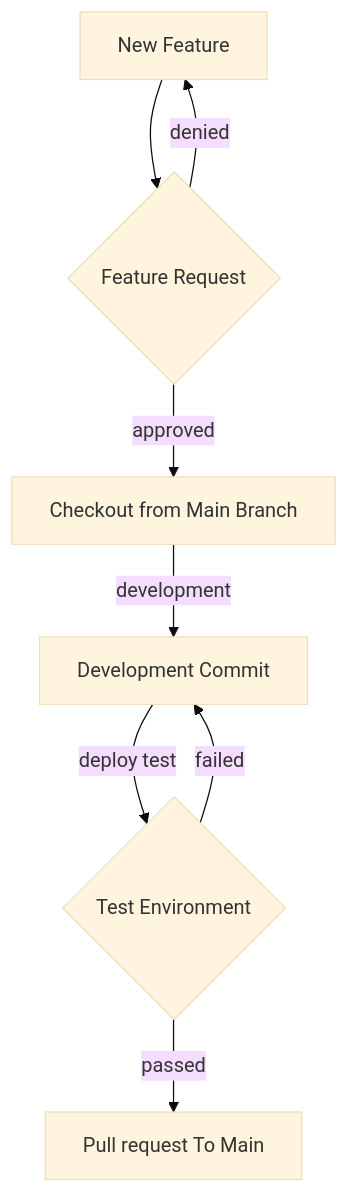
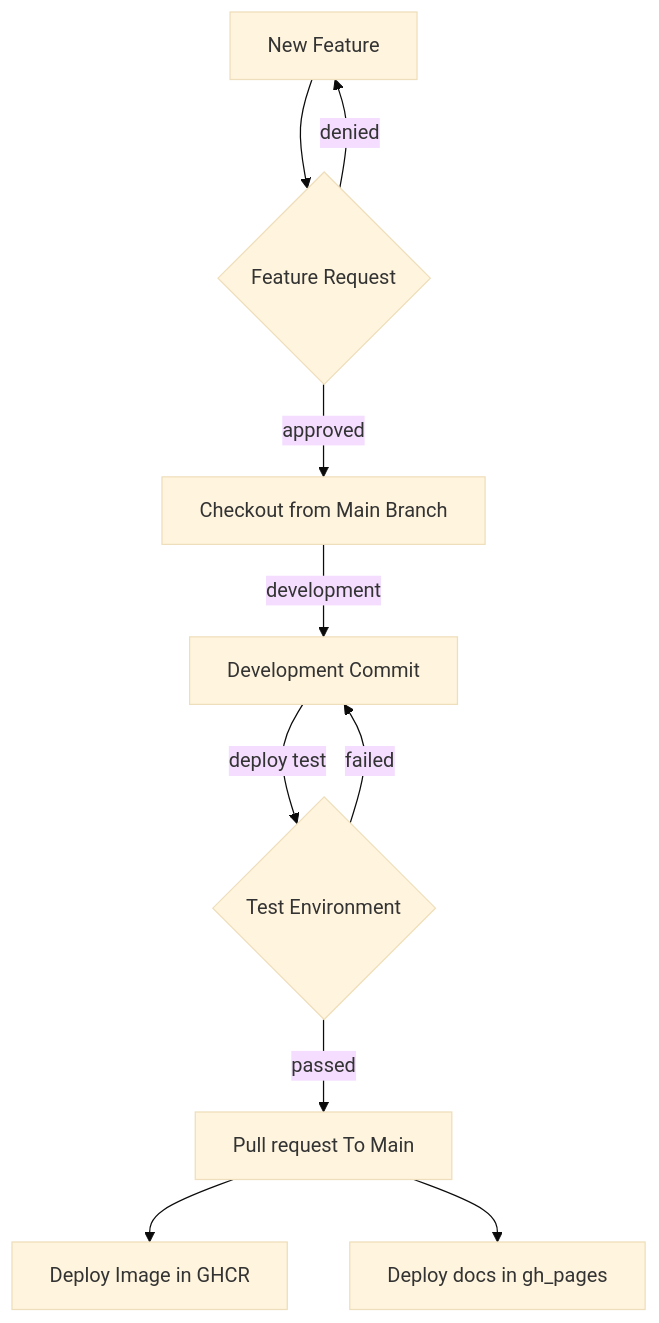
One commit to binaryloom/TaskManagementSystem changed the third of 3 diagrams in docs/project_archetecture.md. Above: the diagram before and after it, drawn with Mermaid (base theme).

Commit message:
Mar 3, 2024, 10:47 PM

````diff
--- a/docs/project_archetecture.md
+++ b/docs/project_archetecture.md
@@ -43,10 +43,12 @@
 ```mermaid
 graph TD;
     new_feature["New Feature"] --> feature_request{Feature Request};
     feature_request --> |denied| new_feature;
     feature_request --> |approved| main_checkout["Checkout from Main Branch"];
     main_checkout --> |development| dev_commit[Development Commit];
     dev_commit --> |deploy test| test_env{Test Environment}
     test_env --> |failed| dev_commit;
     test_env --> |passed| pull_request["Pull request To Main"];
+    pull_request --> image_deploy["Deploy Image in GHCR"]
+    pull_request --> image_docs["Deploy docs in gh_pages"]
 ```
````
